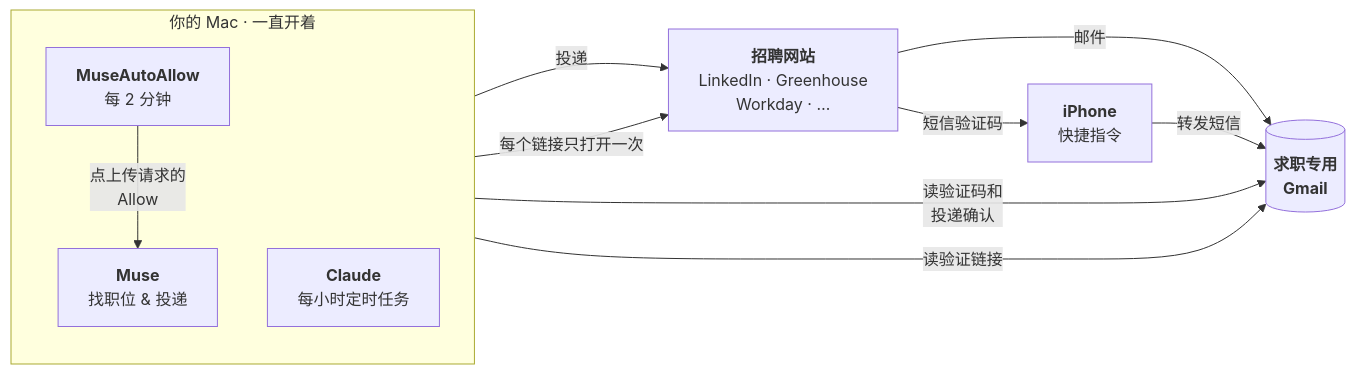
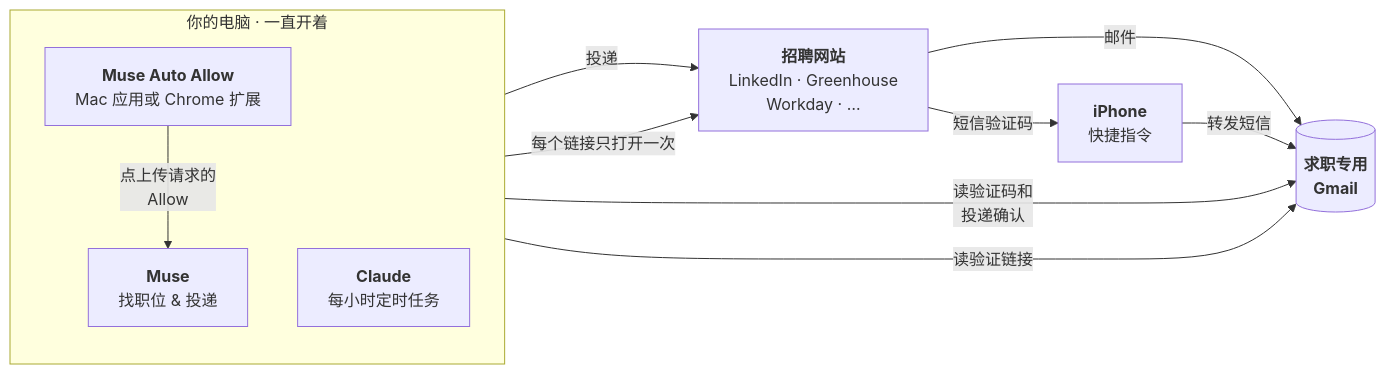
One commit to Dark417/muse-auto-job-apply changed the diagram in README.zh-CN.md. Above: the diagram before and after it, drawn with Mermaid. The commit also changed other lines of this file and 6 other files, not shown here.

First line of the commit message:
Add muse-auto-allow-chrome extension (Windows & Mac) and setup docs

````diff
--- a/README.zh-CN.md
+++ b/README.zh-CN.md
@@ -31,22 +32,22 @@
 ```mermaid
 flowchart LR
-    subgraph MAC["你的 Mac · 一直开着"]
+    subgraph MAC["你的电脑 · 一直开着"]
         direction TB
-        Allow["<b>MuseAutoAllow</b><br/>每 2 分钟"]
+        Allow["<b>Muse Auto Allow</b><br/>Mac 应用或 Chrome 扩展"]
         Muse["<b>Muse</b><br/>找职位 &amp; 投递"]
         Claude["<b>Claude</b><br/>每小时定时任务"]
         Allow -- "点上传请求的<br/>Allow" --> Muse
     end
 
     Jobs["<b>招聘网站</b><br/>LinkedIn · Greenhouse<br/>Workday · …"]
     Phone["<b>iPhone</b><br/>快捷指令"]
     Gmail[("<b>求职专用<br/>Gmail</b>")]
 
     Muse -- "投递" --> Jobs
     Muse -- "读验证码和<br/>投递确认" --> Gmail
     Claude -- "读验证链接" --> Gmail
     Claude -- "每个链接只打开一次" --> Jobs
     Jobs -- "邮件" --> Gmail
     Jobs -- "短信验证码" --> Phone
     Phone -- "转发短信" --> Gmail
 ```
````
